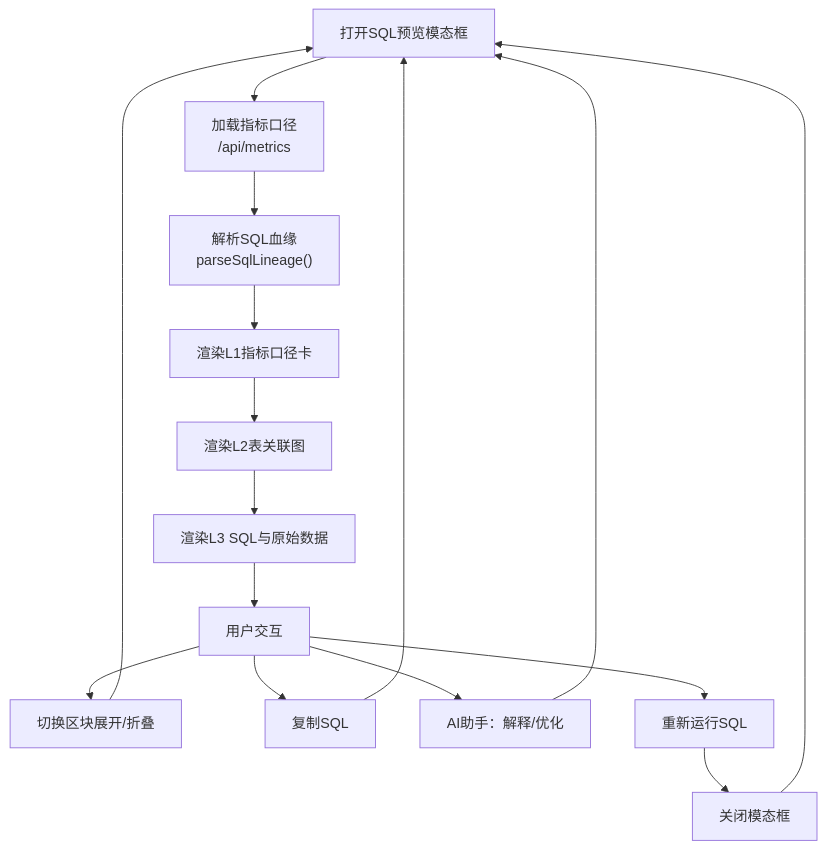
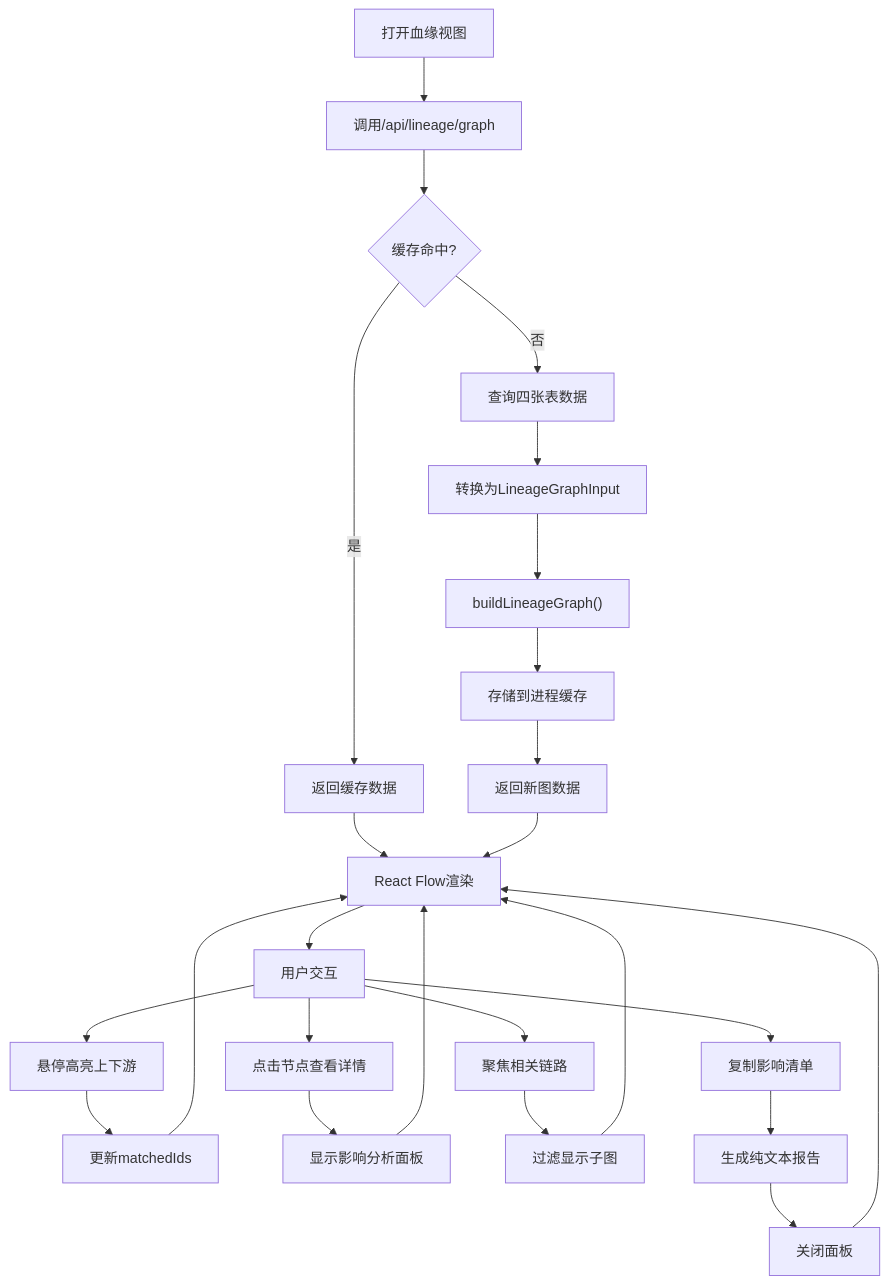
One commit to dgjin/smart-data-analytics changed the sixth of 7 diagrams in .qoder/repowiki/zh/content/系统架构/核心组件详解/查询处理引擎/SQL执行器与安全控制.md. Above: the diagram before and after it, drawn with Mermaid. The commit also changed other lines of this file and 146 other files, not shown here.

````diff
--- a/.qoder/repowiki/zh/content/系统架构/核心组件详解/查询处理引擎/SQL执行器与安全控制.md
+++ b/.qoder/repowiki/zh/content/系统架构/核心组件详解/查询处理引擎/SQL执行器与安全控制.md
@@ -431,18 +591,27 @@
 ```mermaid
 flowchart TD
-Open["打开SQL预览模态框"] --> LoadMetrics["加载指标口径<br/>/api/metrics"]
-LoadMetrics --> ParseLineage["解析SQL血缘<br/>parseSqlLineage()"]
-ParseLineage --> RenderL1["渲染L1指标口径卡"]
-RenderL1 --> RenderL2["渲染L2表关联图"]
-RenderL2 --> RenderL3["渲染L3 SQL与原始数据"]
-RenderL3 --> UserInteraction["用户交互"]
-UserInteraction --> ToggleExpand["切换区块展开/折叠"]
-UserInteraction --> CopySQL["复制SQL"]
-UserInteraction --> SqlAssist["AI助手：解释/优化"]
-UserInteraction --> ReRunSQL["重新运行SQL"]
-ToggleExpand --> Open
-CopySQL --> Open
-SqlAssist --> Open
-ReRunSQL --> Close["关闭模态框"]
-Close --> Open
+Open["打开血缘视图"] --> LoadAPI["调用/api/lineage/graph"]
+LoadAPI --> CacheCheck{"缓存命中?"}
+CacheCheck -- 是 --> ReturnCached["返回缓存数据"]
+CacheCheck -- 否 --> QueryDB["查询四张表数据"]
+QueryDB --> Transform["转换为LineageGraphInput"]
+Transform --> BuildGraph["buildLineageGraph()"]
+BuildGraph --> CacheStore["存储到进程缓存"]
+CacheStore --> ReturnNew["返回新图数据"]
+ReturnCached --> Render["React Flow渲染"]
+ReturnNew --> Render
+Render --> Interact["用户交互"]
+Interact --> Hover["悬停高亮上下游"]
+Interact --> Select["点击节点查看详情"]
+Interact --> Focus["聚焦相关链路"]
+Interact --> Copy["复制影响清单"]
+Hover --> Update["更新matchedIds"]
+Select --> ShowPanel["显示影响分析面板"]
+Focus --> FilterNodes["过滤显示子图"]
+Copy --> Export["生成纯文本报告"]
+Update --> Render
+ShowPanel --> Render
+FilterNodes --> Render
+Export --> Close["关闭面板"]
+Close --> Render
 ```
````
